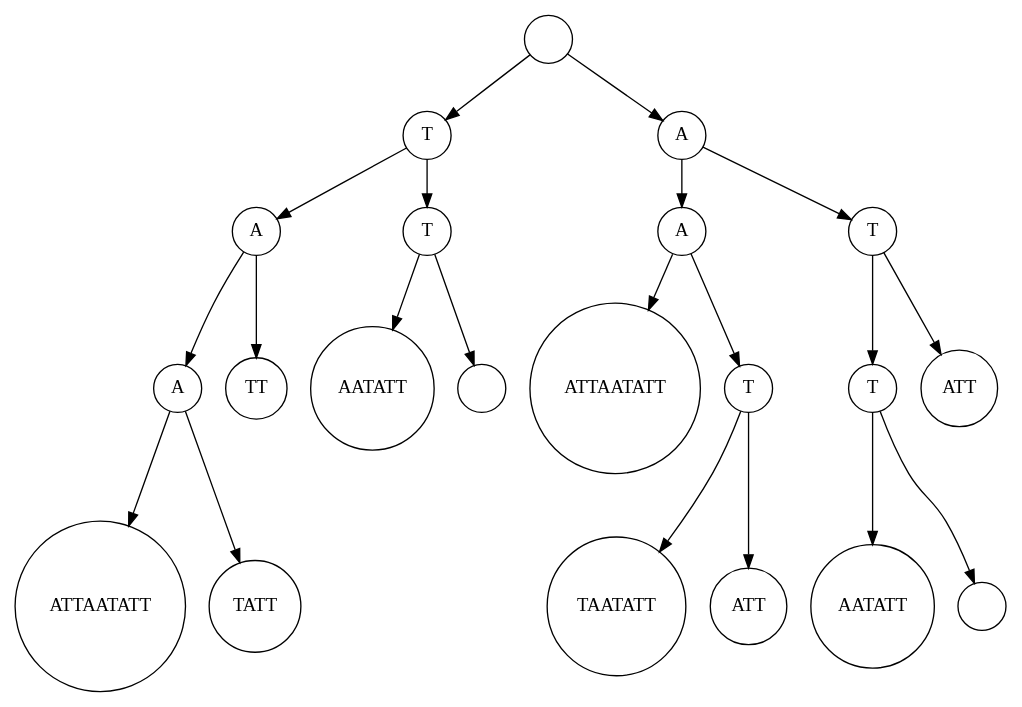
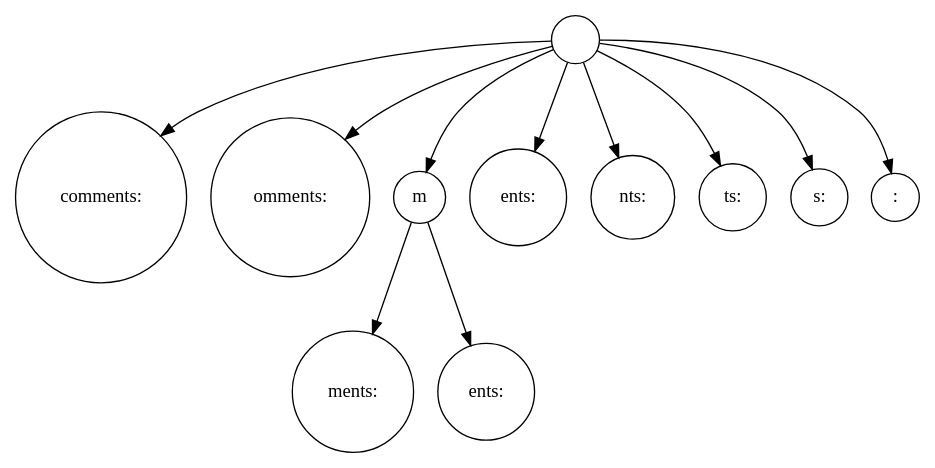
Before and after one commit to evertheylen/TA_TO: the diagram in Helix/end_0.dot, drawn with Graphviz. The commit also changed 10 other files, not shown here.

```diff
--- a/Helix/end_0.dot
+++ b/Helix/end_0.dot
@@ -1,53 +1,25 @@
 digraph suffix {
 	node [shape = circle];
 	0 [label= ""];
-	1 [label= "T"];
+	1 [label= "comments: "];
 	0 -> 1;
-	1 [label= "T"];
-	2 [label= "A"];
-	1 -> 2;
-	2 [label= "A"];
-	3 [label= "A"];
-	2 -> 3;
-	3 [label= "A"];
-	4 [label= "ATTAATATT"];
+	2 [label= "omments: "];
+	0 -> 2;
+	3 [label= "m"];
+	0 -> 3;
+	3 [label= "m"];
+	4 [label= "ments: "];
 	3 -> 4;
-	5 [label= "TATT"];
+	5 [label= "ents: "];
 	3 -> 5;
-	6 [label= "TT"];
-	2 -> 6;
-	7 [label= "T"];
-	1 -> 7;
-	7 [label= "T"];
-	8 [label= "AATATT"];
-	7 -> 8;
-	9 [label= ""];
-	7 -> 9;
-	10 [label= "A"];
+	6 [label= "ents: "];
+	0 -> 6;
+	7 [label= "nts: "];
+	0 -> 7;
+	8 [label= "ts: "];
+	0 -> 8;
+	9 [label= "s: "];
+	0 -> 9;
+	10 [label= ": "];
 	0 -> 10;
-	10 [label= "A"];
-	11 [label= "A"];
-	10 -> 11;
-	11 [label= "A"];
-	12 [label= "ATTAATATT"];
-	11 -> 12;
-	13 [label= "T"];
-	11 -> 13;
-	13 [label= "T"];
-	14 [label= "TAATATT"];
-	13 -> 14;
-	15 [label= "ATT"];
-	13 -> 15;
-	16 [label= "T"];
-	10 -> 16;
-	16 [label= "T"];
-	17 [label= "T"];
-	16 -> 17;
-	17 [label= "T"];
-	18 [label= "AATATT"];
-	17 -> 18;
-	19 [label= ""];
-	17 -> 19;
-	20 [label= "ATT"];
-	16 -> 20;
 }
```
